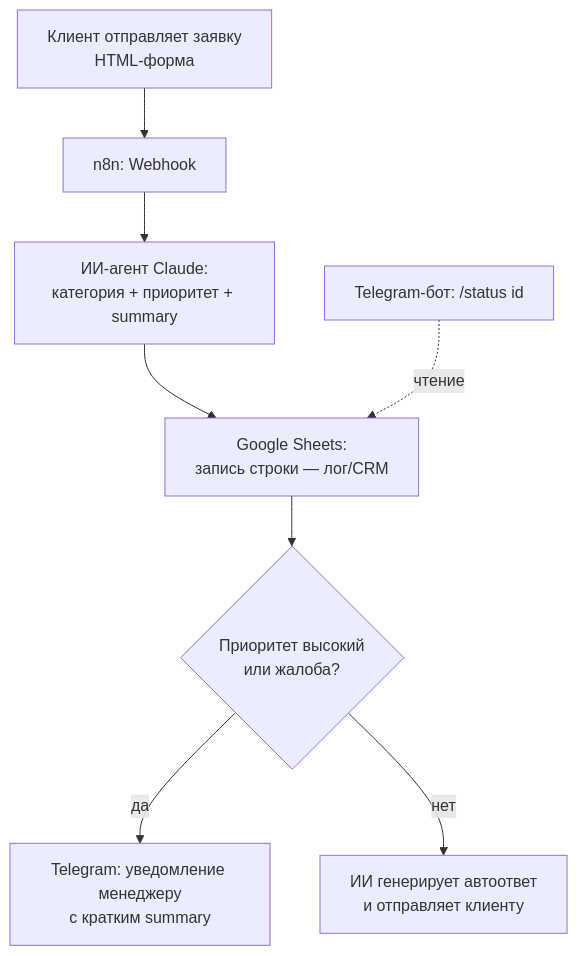
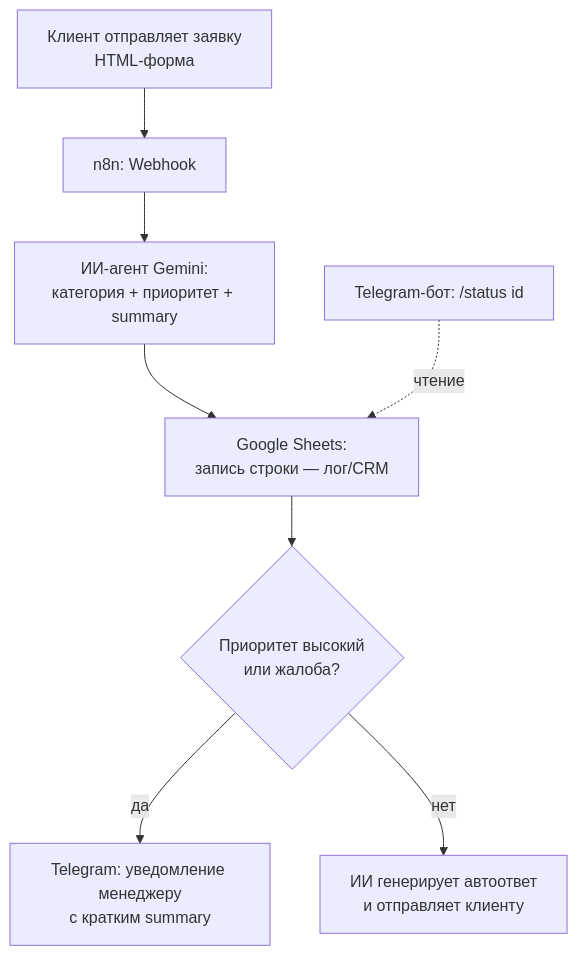
The diagram in README.md (nastyaaaay/smart-intake-automation), drawn with Mermaid before and after one commit. The commit also changed other lines of this file and 1 other file, not shown here.

First line of the commit message:
Switch classification node from Claude to Gemini (free tier)

````diff
--- a/README.md
+++ b/README.md
@@ -20,10 +20,10 @@
 ```mermaid
 flowchart TD
     A[Клиент отправляет заявку<br/>HTML-форма] --> B[n8n: Webhook]
-    B --> C[ИИ-агент Claude:<br/>категория + приоритет + summary]
+    B --> C[ИИ-агент Gemini:<br/>категория + приоритет + summary]
     C --> D[Google Sheets:<br/>запись строки — лог/CRM]
     D --> E{Приоритет высокий<br/>или жалоба?}
     E -- да --> F[Telegram: уведомление менеджеру<br/>с кратким summary]
     E -- нет --> G[ИИ генерирует автоответ<br/>и отправляет клиенту]
     H[Telegram-бот: /status id] -.чтение.-> D
 ```
````
